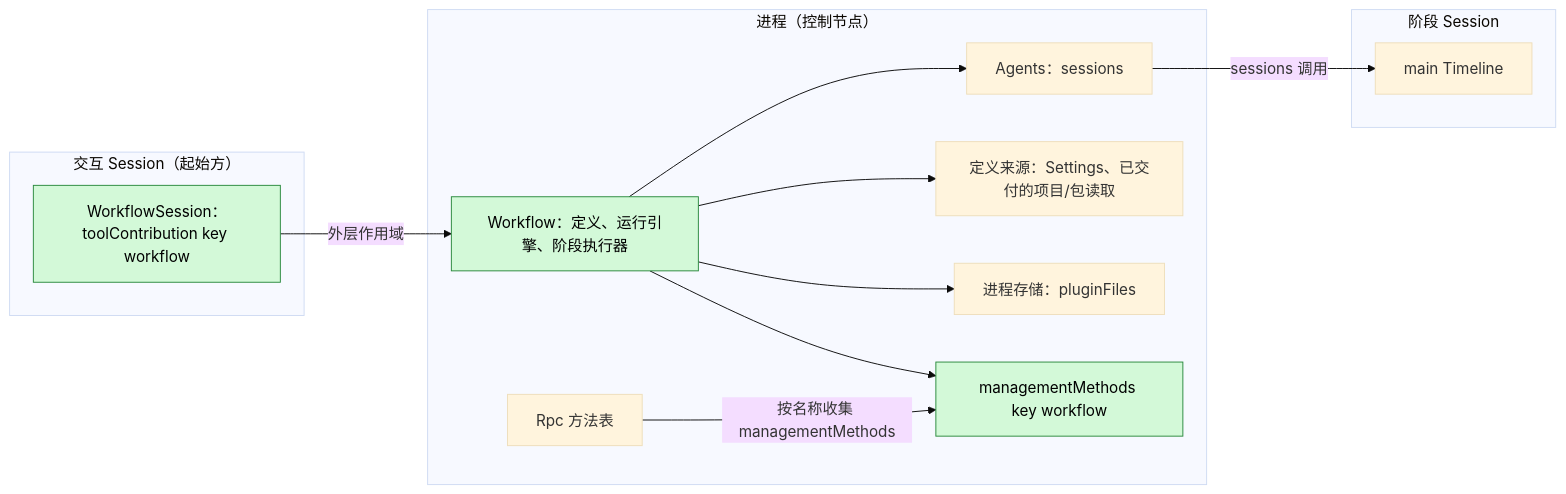
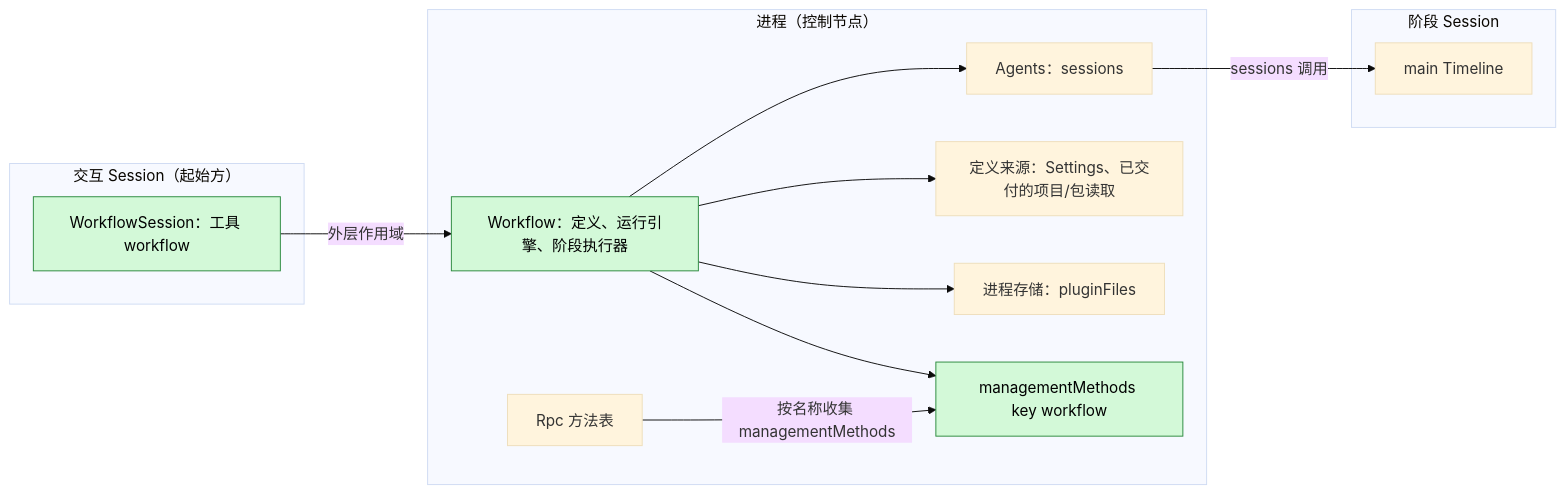
The first of 6 diagrams in docs/zh/design/plugins/Workflow.md (CoutinhoTTS/dim-agent), drawn with Mermaid (base theme) before and after one commit. The commit also changed other lines of this file and 101 other files, not shown here.

````diff
--- a/docs/zh/design/plugins/Workflow.md
+++ b/docs/zh/design/plugins/Workflow.md
@@ -13,26 +13,26 @@
 ```mermaid
 flowchart LR
   subgraph PROC["进程（控制节点）"]
     WF["Workflow：定义、运行引擎、阶段执行器"]
     MM["managementMethods key workflow"]
     Agents["Agents：sessions"]
     Set["定义来源：Settings、已交付的项目/包读取"]
     Store["进程存储：pluginFiles"]
     Rpc["Rpc 方法表"]
   end
   subgraph SESS["交互 Session（起始方）"]
-    Tool["WorkflowSession：toolContribution key workflow"]
+    Tool["WorkflowSession：工具 workflow"]
   end
   subgraph STG["阶段 Session"]
     TL["main Timeline"]
   end
   Tool -->|"外层作用域"| WF
   WF --> Agents
   WF --> Set
   WF --> Store
   WF --> MM
   Rpc -->|"按名称收集 managementMethods"| MM
   Agents -->|"sessions 调用"| TL
   classDef new fill:#d3f9d8,stroke:#2b8a3e,color:#000
   class WF,MM,Tool new
 ```
````
